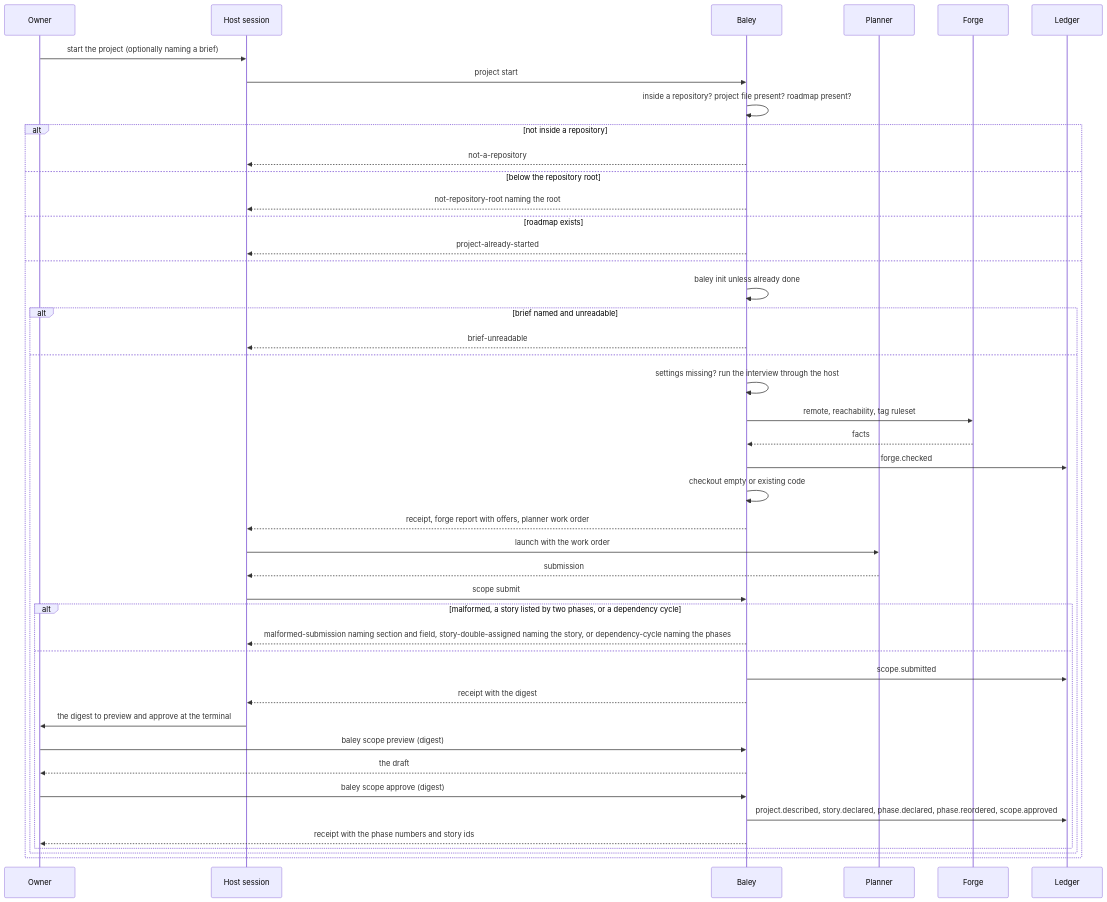
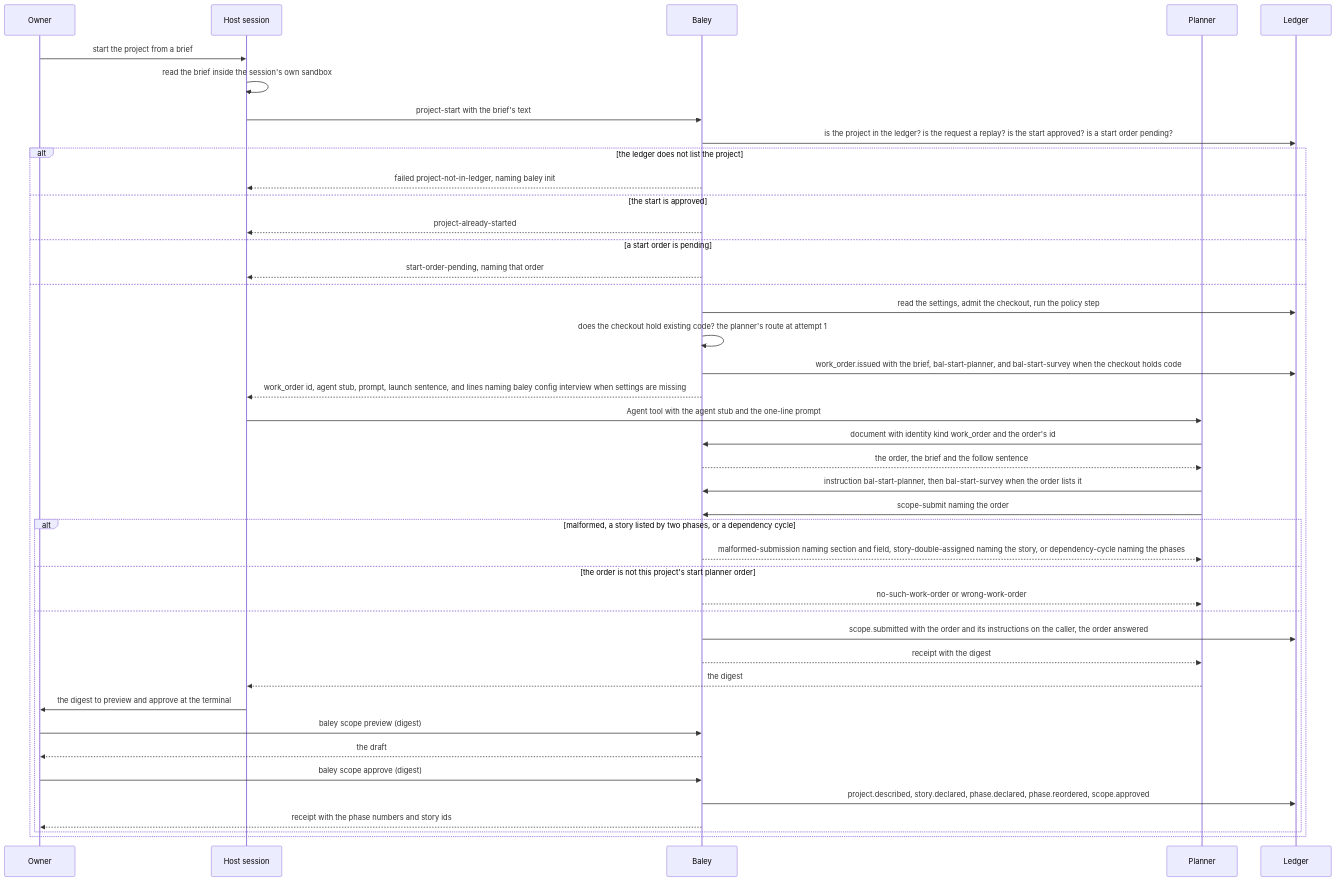
The fourth of 5 diagrams in docs/design/0004-starting-a-project-and-changing-scope.md (jcrenshaw-dev/baley), drawn with Mermaid before and after one commit. The commit also changed other lines of this file, not shown here.

First line of the commit message:
docs(design): describe project start and the order-bound submission as built

````diff
--- a/docs/design/0004-starting-a-project-and-changing-scope.md
+++ b/docs/design/0004-starting-a-project-and-changing-scope.md
@@ -420,46 +435,44 @@
 ```mermaid
 sequenceDiagram
   participant O as Owner
   participant H as Host session
   participant B as Baley
   participant P as Planner
-  participant F as Forge
   participant L as Ledger
-  O->>H: start the project (optionally naming a brief)
-  H->>B: project start
-  B->>B: inside a repository? project file present? roadmap present?
-  alt not inside a repository
-    B-->>H: not-a-repository
-  else below the repository root
-    B-->>H: not-repository-root naming the root
-  else roadmap exists
+  O->>H: start the project from a brief
+  H->>H: read the brief inside the session's own sandbox
+  H->>B: project-start with the brief's text
+  B->>L: is the project in the ledger? is the request a replay? is the start approved? is a start order pending?
+  alt the ledger does not list the project
+    B-->>H: failed project-not-in-ledger, naming baley init
+  else the start is approved
     B-->>H: project-already-started
+  else a start order is pending
+    B-->>H: start-order-pending, naming that order
   else
-    B->>B: baley init unless already done
-    alt brief named and unreadable
-      B-->>H: brief-unreadable
+    B->>L: read the settings, admit the checkout, run the policy step
+    B->>B: does the checkout hold existing code? the planner's route at attempt 1
+    B->>L: work_order.issued with the brief, bal-start-planner, and bal-start-survey when the checkout holds code
+    B-->>H: work_order id, agent stub, prompt, launch sentence, and lines naming baley config interview when settings are missing
+    H->>P: Agent tool with the agent stub and the one-line prompt
+    P->>B: document with identity kind work_order and the order's id
+    B-->>P: the order, the brief and the follow sentence
+    P->>B: instruction bal-start-planner, then bal-start-survey when the order lists it
+    P->>B: scope-submit naming the order
+    alt malformed, a story listed by two phases, or a dependency cycle
+      B-->>P: malformed-submission naming section and field, story-double-assigned naming the story, or dependency-cycle naming the phases
+    else the order is not this project's start planner order
+      B-->>P: no-such-work-order or wrong-work-order
     else
-      B->>B: settings missing? run the interview through the host
-      B->>F: remote, reachability, tag ruleset
-      F-->>B: facts
-      B->>L: forge.checked
-      B->>B: checkout empty or existing code
-      B-->>H: receipt, forge report with offers, planner work order
-      H->>P: launch with the work order
-      P-->>H: submission
-      H->>B: scope submit
-      alt malformed, a story listed by two phases, or a dependency cycle
-        B-->>H: malformed-submission naming section and field, story-double-assigned naming the story, or dependency-cycle naming the phases
-      else
-        B->>L: scope.submitted
-        B-->>H: receipt with the digest
-        H->>O: the digest to preview and approve at the terminal
-        O->>B: baley scope preview (digest)
-        B-->>O: the draft
-        O->>B: baley scope approve (digest)
-        B->>L: project.described, story.declared, phase.declared, phase.reordered, scope.approved
-        B-->>O: receipt with the phase numbers and story ids
-      end
+      B->>L: scope.submitted with the order and its instructions on the caller, the order answered
+      B-->>P: receipt with the digest
+      P-->>H: the digest
+      H->>O: the digest to preview and approve at the terminal
+      O->>B: baley scope preview (digest)
+      B-->>O: the draft
+      O->>B: baley scope approve (digest)
+      B->>L: project.described, story.declared, phase.declared, phase.reordered, scope.approved
+      B-->>O: receipt with the phase numbers and story ids
     end
   end
 ```
````
